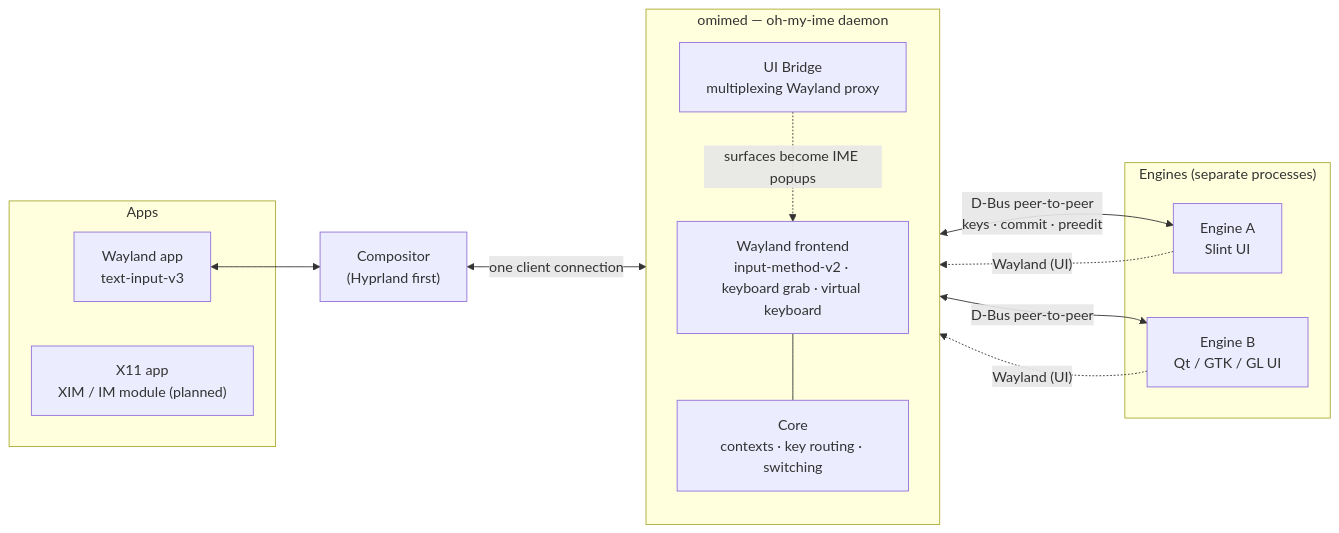
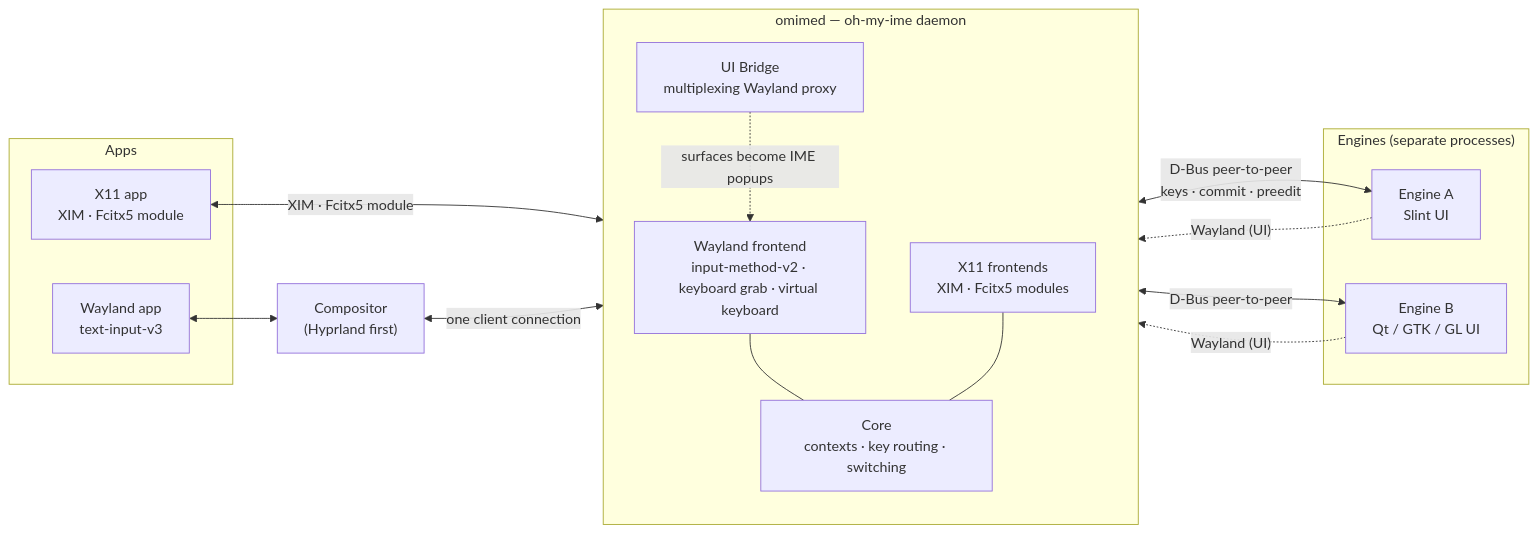
One commit to Ign1x/oh-my-ime changed the diagram in README.md. Above: the diagram before and after it, drawn with Mermaid. The commit also changed other lines of this file and 7 other files, not shown here.

First line of the commit message:
docs: X11 applications through XIM and the Fcitx5 modules

````diff
--- a/README.md
+++ b/README.md
@@ -62,26 +62,29 @@
 ```mermaid
 flowchart LR
     subgraph Apps
       A1["Wayland app<br/>text-input-v3"]
-      A2["X11 app<br/>XIM / IM module (planned)"]
+      A2["X11 app<br/>XIM · Fcitx5 module"]
     end
     C["Compositor<br/>(Hyprland first)"]
     subgraph D["omimed — oh-my-ime daemon"]
       direction TB
       W["Wayland frontend<br/>input-method-v2 · keyboard grab · virtual keyboard"]
+      X["X11 frontends<br/>XIM · Fcitx5 modules"]
       R["Core<br/>contexts · key routing · switching"]
       B["UI Bridge<br/>multiplexing Wayland proxy"]
     end
     subgraph E["Engines (separate processes)"]
       E1["Engine A<br/>Slint UI"]
       E2["Engine B<br/>Qt / GTK / GL UI"]
     end
     A1 <--> C
+    A2 <-->|"XIM · Fcitx5 module"| X
     C <-->|"one client connection"| W
     W --- R
+    X --- R
     R <-->|"D-Bus peer-to-peer<br/>keys · commit · preedit"| E1
     R <-->|"D-Bus peer-to-peer"| E2
     E1 -.->|"Wayland (UI)"| B
     E2 -.->|"Wayland (UI)"| B
     B -.->|"surfaces become IME popups"| W
 ```
````
